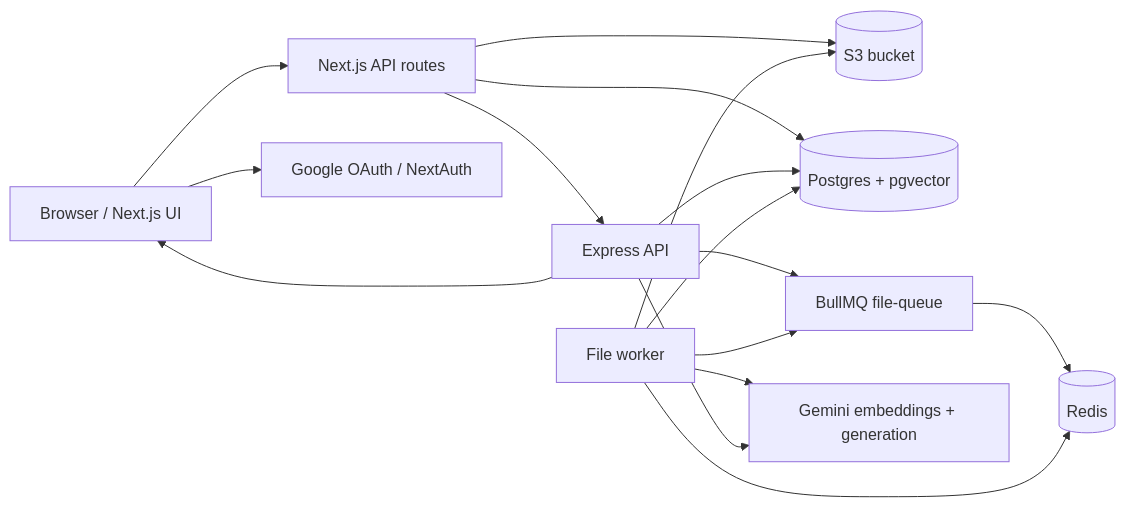
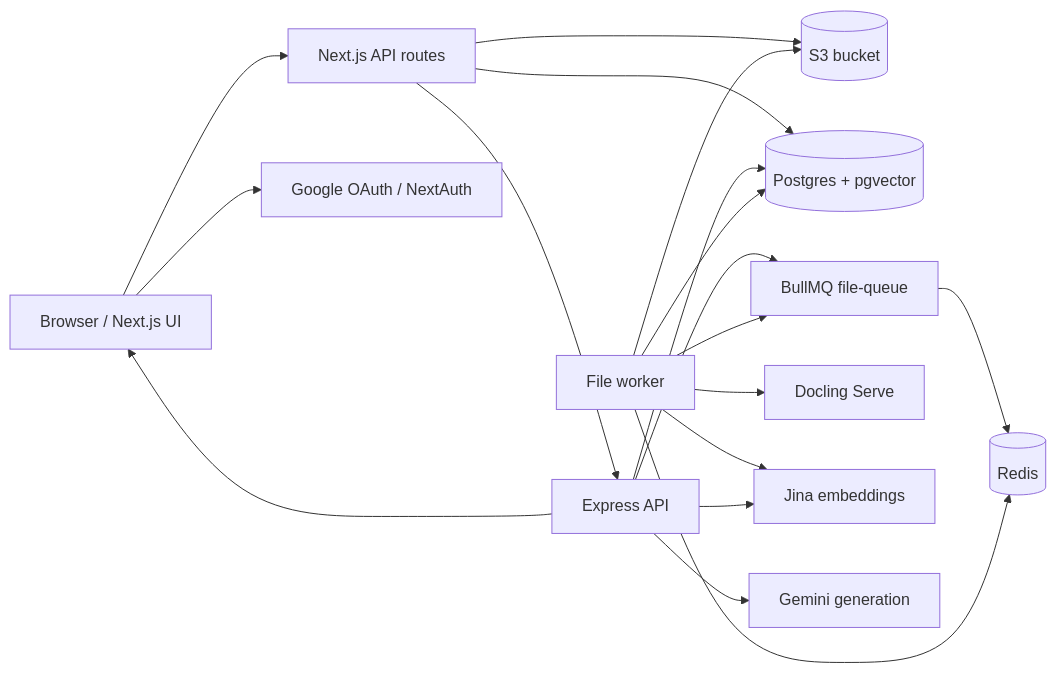
The first of 3 diagrams in README.md (12Mishra/cortex), drawn with Mermaid before and after one commit. The commit also changed other lines of this file and 43 other files, not shown here.

````diff
--- a/README.md
+++ b/README.md
@@ -45,29 +46,33 @@
 ```mermaid
 flowchart LR
   Browser[Browser / Next.js UI]
   NextApi[Next.js API routes]
   Auth[Google OAuth / NextAuth]
   S3[(S3 bucket)]
   Db[(Postgres + pgvector)]
   Redis[(Redis)]
   Queue[BullMQ file-queue]
   Worker[File worker]
-  Gemini[Gemini embeddings + generation]
+  Docling[Docling Serve]
+  Jina[Jina embeddings]
+  Gemini[Gemini generation]
   Express[Express API]
 
   Browser --> Auth
   Browser --> NextApi
   NextApi --> Db
   NextApi --> S3
   NextApi --> Express
   Express --> Db
   Express --> Queue
   Queue --> Redis
   Worker --> Queue
   Worker --> S3
-  Worker --> Gemini
+  Worker --> Docling
+  Worker --> Jina
   Worker --> Db
   Worker --> Redis
+  Express --> Jina
   Express --> Gemini
   Express --> Browser
 ```
````
